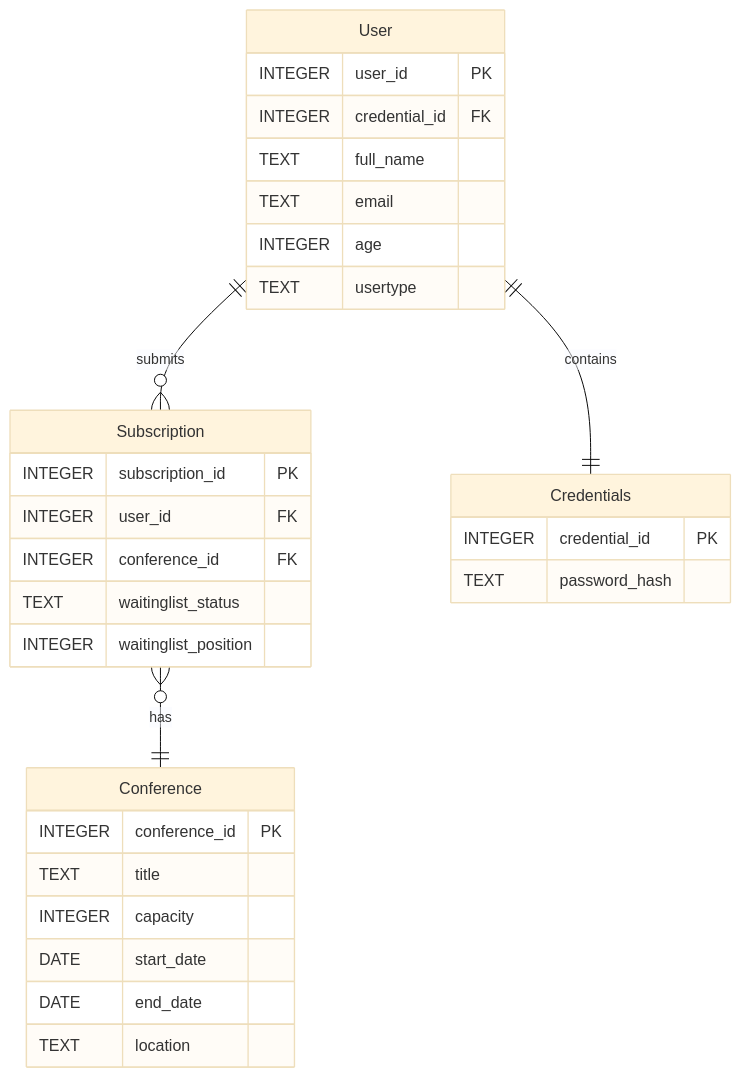
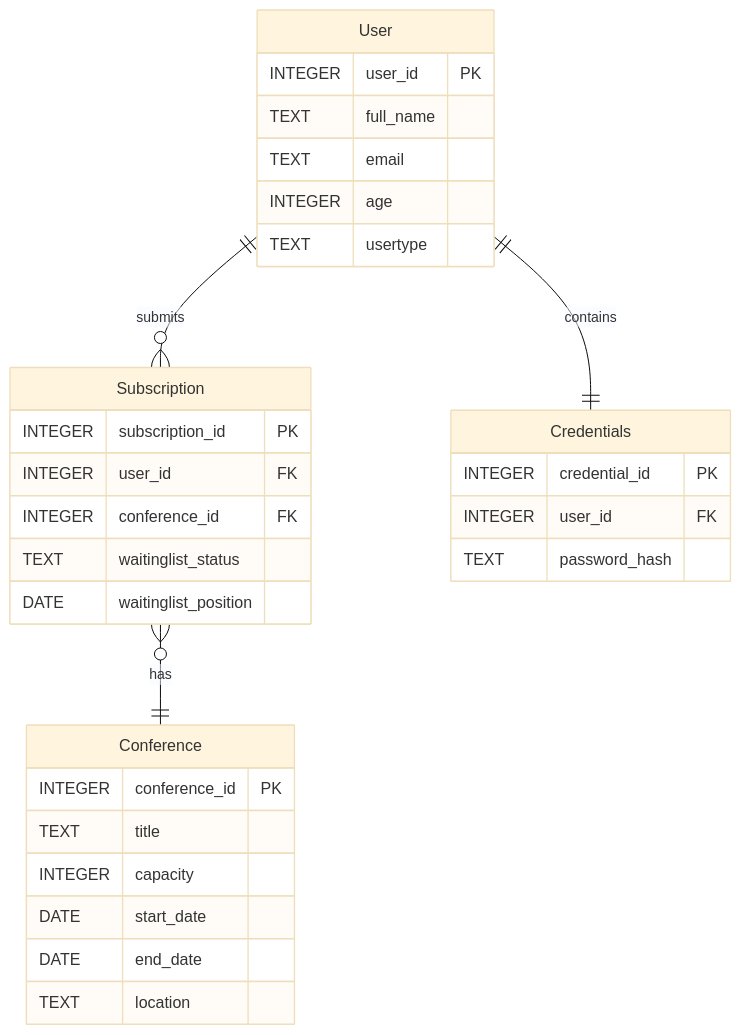
The diagram in deliverable1.md (m-bernardin/Patterns-LIA), drawn with Mermaid (base theme) before and after one commit.

Commit message:
updated waitinglist_position and made credentials dependant on User.

````diff
--- a/deliverable1.md
+++ b/deliverable1.md
@@ -84,38 +84,38 @@
 ```mermaid
 erDiagram
 
     User ||--O{ Subscription : submits
     Subscription }O--|| Conference : has
     User ||--|| Credentials : contains
 
     Credentials {
         INTEGER credential_id PK
+        INTEGER user_id FK
         TEXT password_hash
     }
 
     User {
         INTEGER user_id PK
-        INTEGER credential_id FK
         TEXT full_name
         TEXT email
         INTEGER age
         TEXT usertype
     }
 
     Subscription {
         INTEGER subscription_id PK
         INTEGER user_id FK
         INTEGER conference_id FK
         TEXT waitinglist_status
-        INTEGER waitinglist_position
+        DATE waitinglist_position
     }
 
     Conference {
         INTEGER conference_id PK
         TEXT title
         INTEGER capacity
         DATE start_date
         DATE end_date
         TEXT location
     }
 ```
````
